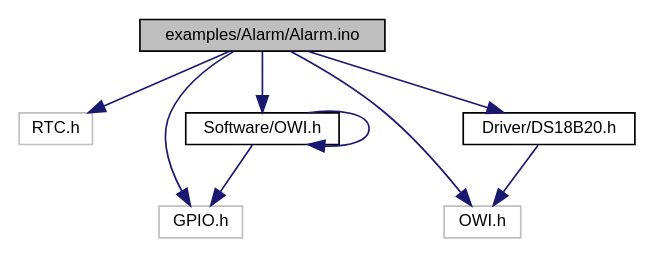
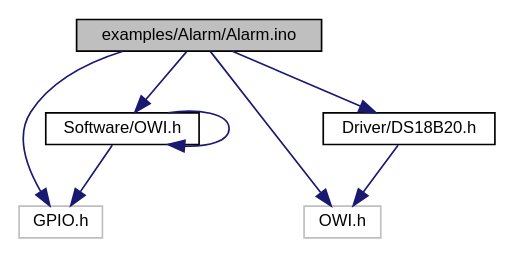
The diagram in Arduino-OWI/d9/d08/Alarm_8ino__incl.dot (mikaelpatel/mikaelpatel.github.io), drawn with Graphviz before and after one commit. The commit also changed 67 other files, not shown here.

```diff
--- a/Arduino-OWI/d9/d08/Alarm_8ino__incl.dot
+++ b/Arduino-OWI/d9/d08/Alarm_8ino__incl.dot
@@ -1,19 +1,17 @@
 digraph "examples/Alarm/Alarm.ino"
 {
   edge [fontname="Helvetica",fontsize="10",labelfontname="Helvetica",labelfontsize="10"];
   node [fontname="Helvetica",fontsize="10",shape=record];
   Node1 [label="examples/Alarm/Alarm.ino",height=0.2,width=0.4,color="black", fillcolor="grey75", style="filled", fontcolor="black"];
   Node1 -> Node2 [color="midnightblue",fontsize="10",style="solid",fontname="Helvetica"];
-  Node2 [label="RTC.h",height=0.2,width=0.4,color="grey75", fillcolor="white", style="filled"];
+  Node2 [label="GPIO.h",height=0.2,width=0.4,color="grey75", fillcolor="white", style="filled"];
   Node1 -> Node3 [color="midnightblue",fontsize="10",style="solid",fontname="Helvetica"];
-  Node3 [label="GPIO.h",height=0.2,width=0.4,color="grey75", fillcolor="white", style="filled"];
+  Node3 [label="OWI.h",height=0.2,width=0.4,color="grey75", fillcolor="white", style="filled"];
   Node1 -> Node4 [color="midnightblue",fontsize="10",style="solid",fontname="Helvetica"];
-  Node4 [label="OWI.h",height=0.2,width=0.4,color="grey75", fillcolor="white", style="filled"];
+  Node4 [label="Software/OWI.h",height=0.2,width=0.4,color="black", fillcolor="white", style="filled",URL="$d7/d2d/Software_2OWI_8h.html"];
+  Node4 -> Node4 [color="midnightblue",fontsize="10",style="solid",fontname="Helvetica"];
+  Node4 -> Node2 [color="midnightblue",fontsize="10",style="solid",fontname="Helvetica"];
   Node1 -> Node5 [color="midnightblue",fontsize="10",style="solid",fontname="Helvetica"];
-  Node5 [label="Software/OWI.h",height=0.2,width=0.4,color="black", fillcolor="white", style="filled",URL="$d7/d2d/Software_2OWI_8h.html"];
-  Node5 -> Node5 [color="midnightblue",fontsize="10",style="solid",fontname="Helvetica"];
+  Node5 [label="Driver/DS18B20.h",height=0.2,width=0.4,color="black", fillcolor="white", style="filled",URL="$d4/d9d/DS18B20_8h.html"];
   Node5 -> Node3 [color="midnightblue",fontsize="10",style="solid",fontname="Helvetica"];
-  Node1 -> Node6 [color="midnightblue",fontsize="10",style="solid",fontname="Helvetica"];
-  Node6 [label="Driver/DS18B20.h",height=0.2,width=0.4,color="black", fillcolor="white", style="filled",URL="$d4/d9d/DS18B20_8h.html"];
-  Node6 -> Node4 [color="midnightblue",fontsize="10",style="solid",fontname="Helvetica"];
 }
```
